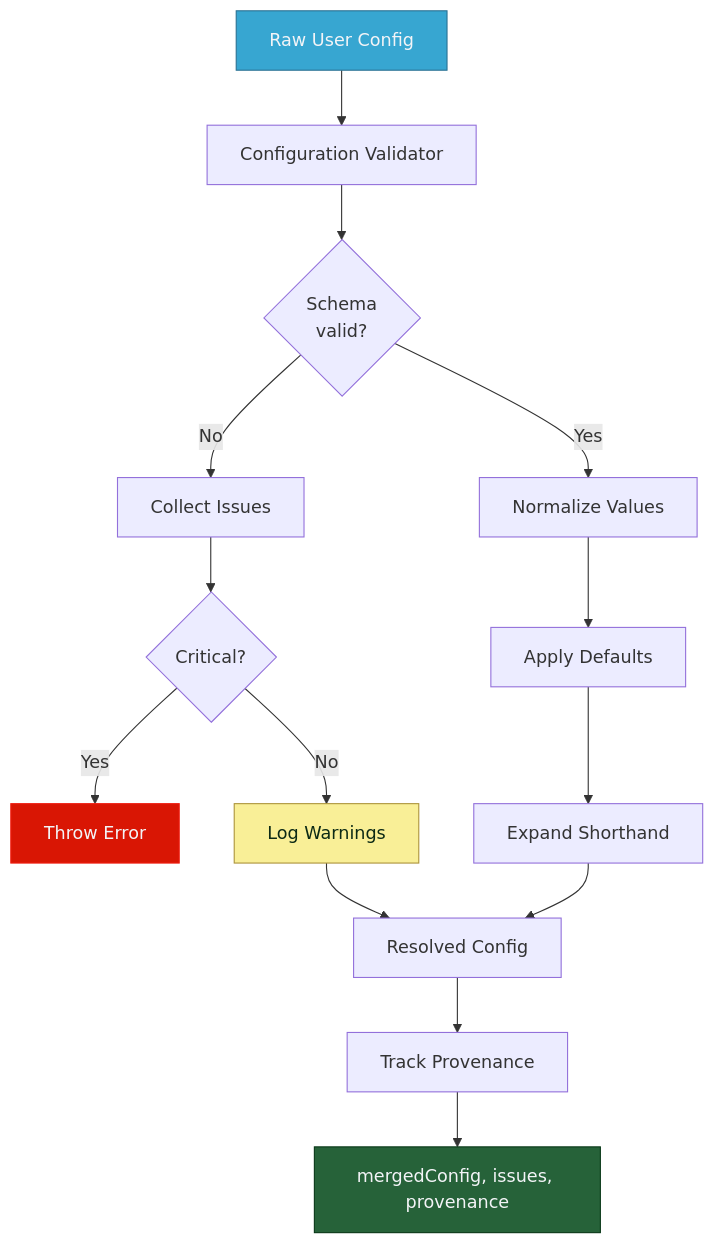
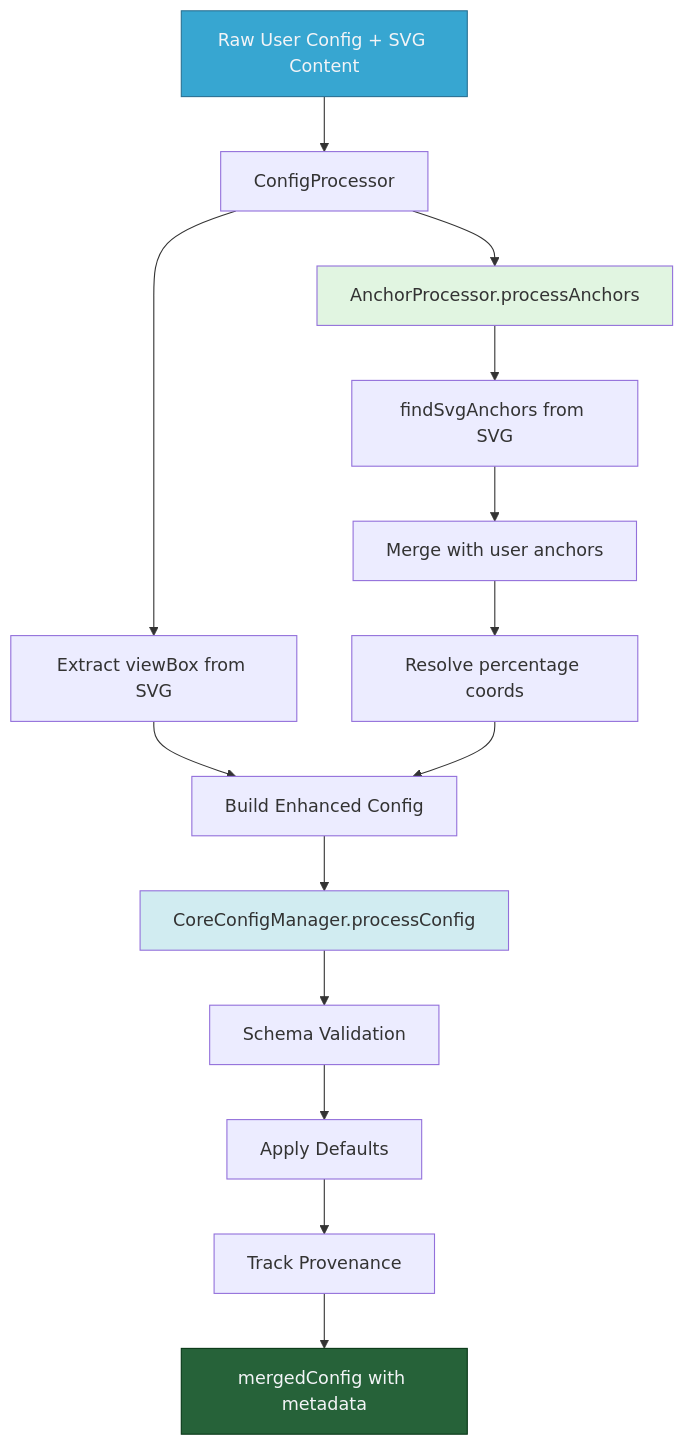
The seventh of 11 diagrams in doc/architecture/diagrams/msd-flow-part-1.md (snootched/lcards), drawn with Mermaid before and after one commit. The commit also changed other lines of this file and 2 other files, not shown here.

Commit message:
Fix MSD flow documentation: update diagrams and text sections

````diff
--- a/doc/architecture/diagrams/msd-flow-part-1.md
+++ b/doc/architecture/diagrams/msd-flow-part-1.md
@@ -317,25 +405,27 @@
 ```mermaid
 graph TD
-    Raw[Raw User Config] --> Validator[Configuration Validator]
-
-    Validator --> Schema{Schema<br/>valid?}
-    Schema -->|No| Issues[Collect Issues]
-    Schema -->|Yes| Normalize[Normalize Values]
-
-    Issues --> Severity{Critical?}
-    Severity -->|Yes| Throw[Throw Error]
-    Severity -->|No| Warn[Log Warnings]
-
-    Normalize --> Defaults[Apply Defaults]
-    Defaults --> Expand[Expand Shorthand]
-    Expand --> Resolved[Resolved Config]
-
-    Warn --> Resolved
-    Resolved --> Provenance[Track Provenance]
-    Provenance --> Output["mergedConfig, issues, provenance"]
-
+    Raw[Raw User Config + SVG Content] --> CP[ConfigProcessor]
+    
+    CP --> ExtractVB[Extract viewBox from SVG]
+    CP --> AP[AnchorProcessor.processAnchors]
+    
+    AP --> FindSVG[findSvgAnchors from SVG]
+    FindSVG --> MergeAnchors[Merge with user anchors]
+    MergeAnchors --> ResolvePercent[Resolve percentage coords]
+    
+    ExtractVB --> BuildEnhanced[Build Enhanced Config]
+    ResolvePercent --> BuildEnhanced
+    
+    BuildEnhanced --> CCM[CoreConfigManager.processConfig]
+    
+    CCM --> Schema[Schema Validation]
+    Schema --> Defaults[Apply Defaults]
+    Defaults --> Provenance[Track Provenance]
+    
+    Provenance --> Output[mergedConfig with metadata]
+    
     style Raw fill:#37a6d1,stroke:#2a7193,color:#f3f4f7
-    style Throw fill:#d91604,stroke:#ef1d10,color:#f3f4f7
-    style Warn fill:#f9ef97,stroke:#ac943b,color:#0c2a15
+    style AP fill:#e1f5e1
+    style CCM fill:#d1ecf1
     style Output fill:#266239,stroke:#083717,color:#f3f4f7
 ```
````
